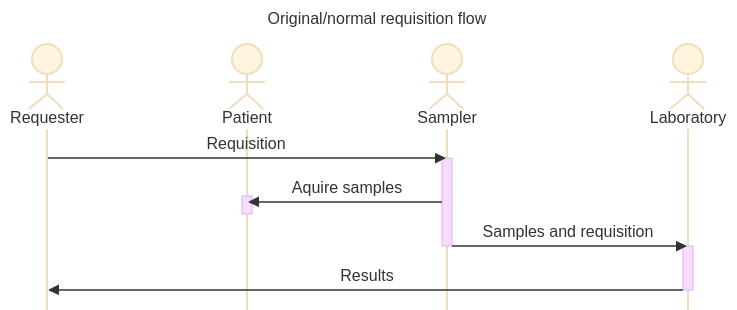
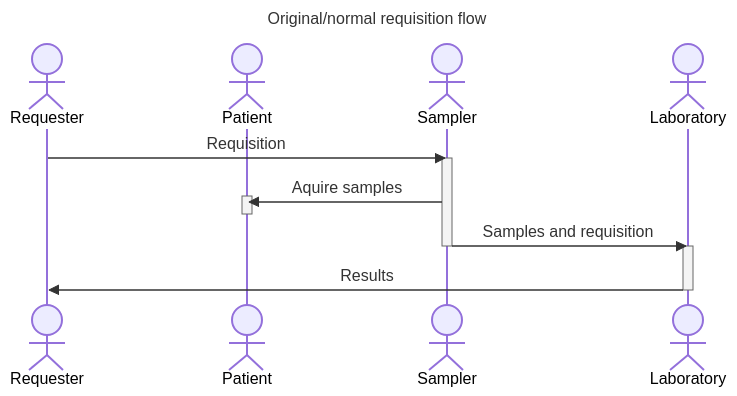
One commit to HL7Norway/PasientensRekvisisjoner-Parek changed the first of 3 diagrams in ParekIG/input/pagecontent/index.md. Above: the diagram before and after it, drawn with Mermaid. The commit also changed other lines of this file and 2 other files, not shown here.

Commit message:
Clean up attempts to fix mermaid rendering

````diff
--- a/ParekIG/input/pagecontent/index.md
+++ b/ParekIG/input/pagecontent/index.md
@@ -12,29 +5,21 @@
 ```mermaid
 ---
 title: Original/normal requisition flow
 ---
-%%{init: {
-    'sequence': {
-        'mirrorActors':false,
-        'useMaxHeight': false
-        },
-    'theme': 'base'
-    }
-}%%
 sequenceDiagram
     actor Requester
     actor Patient
     actor Sampler
     actor Laboratory
 
     Requester->>Sampler: Requisition
     activate Sampler
     Sampler->>Patient: Aquire samples
     activate Patient
     deactivate Patient
     Sampler->>Laboratory: Samples and requisition
     deactivate Sampler
     activate Laboratory
     Laboratory->>Requester: Results
     deactivate Laboratory
 ```
````
